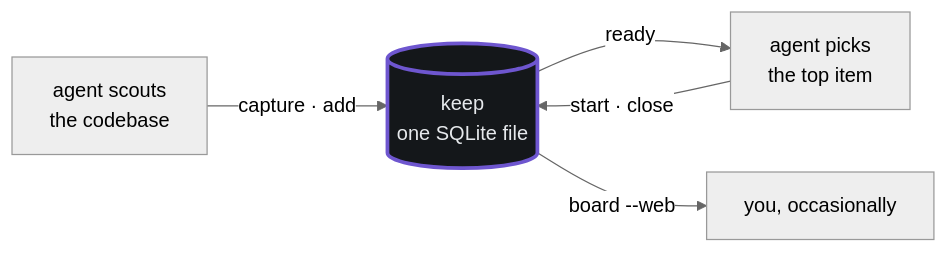
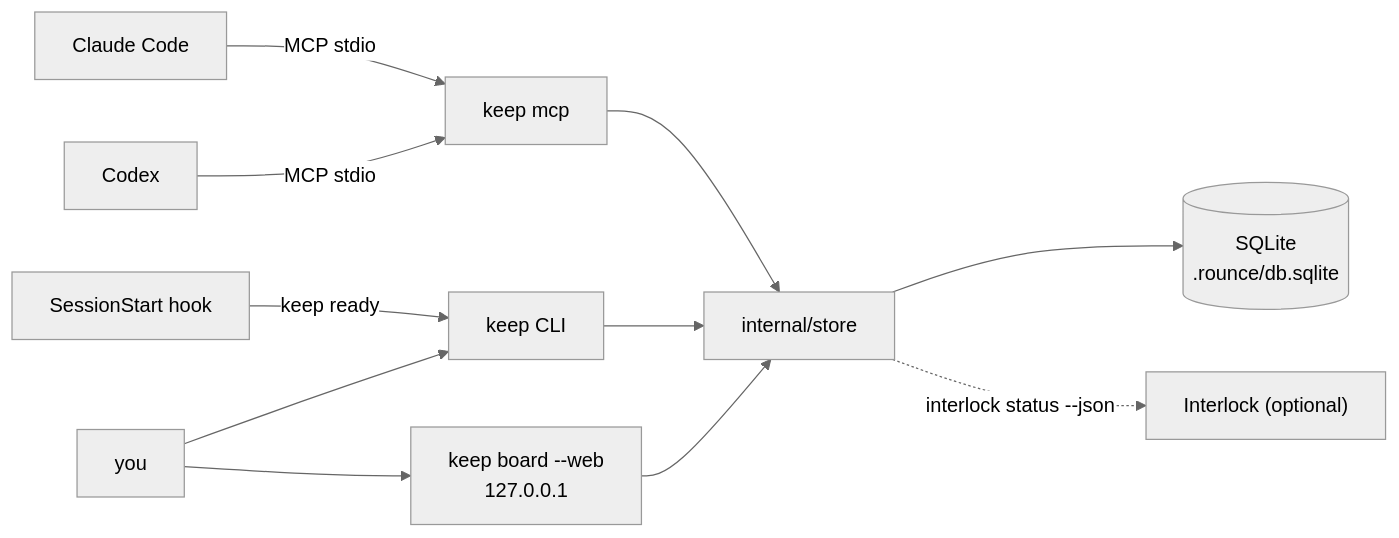
The diagram in README.md (gshepptech/keep), drawn with Mermaid (neutral theme) before and after one commit. The commit also changed other lines of this file, not shown here.

Commit message:
docs: rewrite the README around the shared agent queue

````diff
--- a/README.md
+++ b/README.md
@@ -60,8 +92,13 @@
 ```mermaid
 flowchart LR
-    A["agent scouts<br/>the codebase"] -->|capture · add| B[("keep<br/>one SQLite file")]
-    B -->|ready| C["agent picks<br/>the top item"]
-    C -->|start · close| B
-    B -->|board --web| D["you, occasionally"]
-    style B fill:#14171a,stroke:#6E56CF,stroke-width:3px,color:#e6e9ec
+    CC["Claude Code"] -->|MCP stdio| M["keep mcp"]
+    CX["Codex"] -->|MCP stdio| M
+    H["SessionStart hook"] -->|keep ready| CLI["keep CLI"]
+    U["you"] --> CLI
+    U --> D["keep board --web<br/>127.0.0.1"]
+    M --> S["internal/store"]
+    CLI --> S
+    D --> S
+    S --> DB[("SQLite<br/>.rounce/db.sqlite")]
+    S -.->|interlock status --json| I["Interlock (optional)"]
 ```
````
